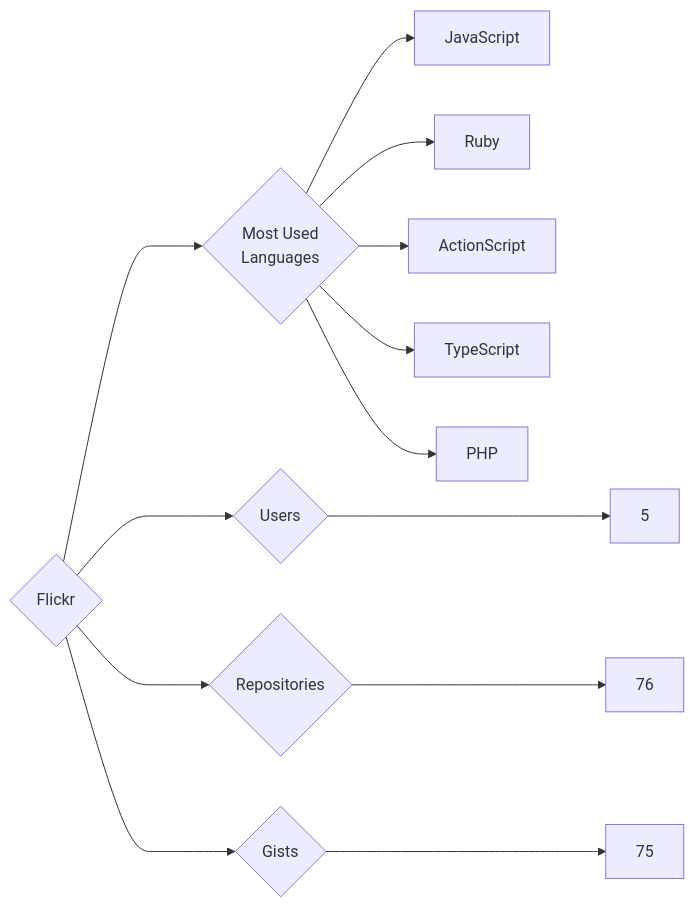
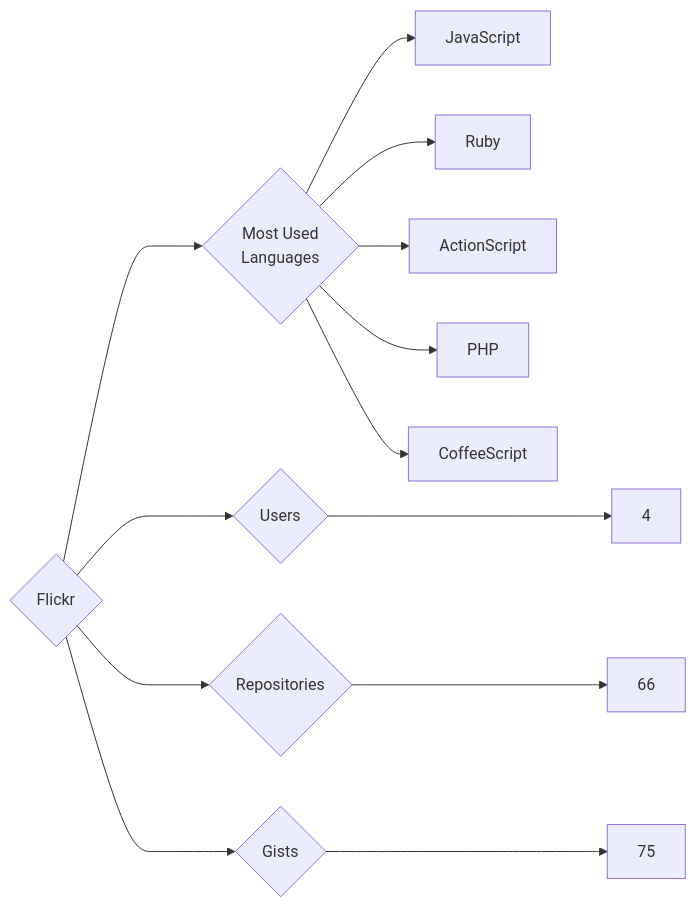
Before and after one commit to trickest/insiders: the diagram in targets/Flickr/README.md, drawn with Mermaid. The commit also changed 847 other files, not shown here.

````diff
--- a/targets/Flickr/README.md
+++ b/targets/Flickr/README.md
@@ -3,13 +3,13 @@
 ```mermaid
 graph LR
 COMPANY_NAME{Flickr}
-COMPANY_NAME ---> U{Users} ---> UN[5]
-COMPANY_NAME ---> R{Repositories} ---> RN[76]
+COMPANY_NAME ---> U{Users} ---> UN[4]
+COMPANY_NAME ---> R{Repositories} ---> RN[66]
 COMPANY_NAME ---> G{Gists} ---> GN[75]
 COMPANY_NAME ---> ML{Most Used<br>Languages}
 ML --> JavaScript[JavaScript]
 ML --> Ruby[Ruby]
 ML --> ActionScript[ActionScript]
-ML --> TypeScript[TypeScript]
 ML --> PHP[PHP]
+ML --> CoffeeScript[CoffeeScript]
 ```
````
